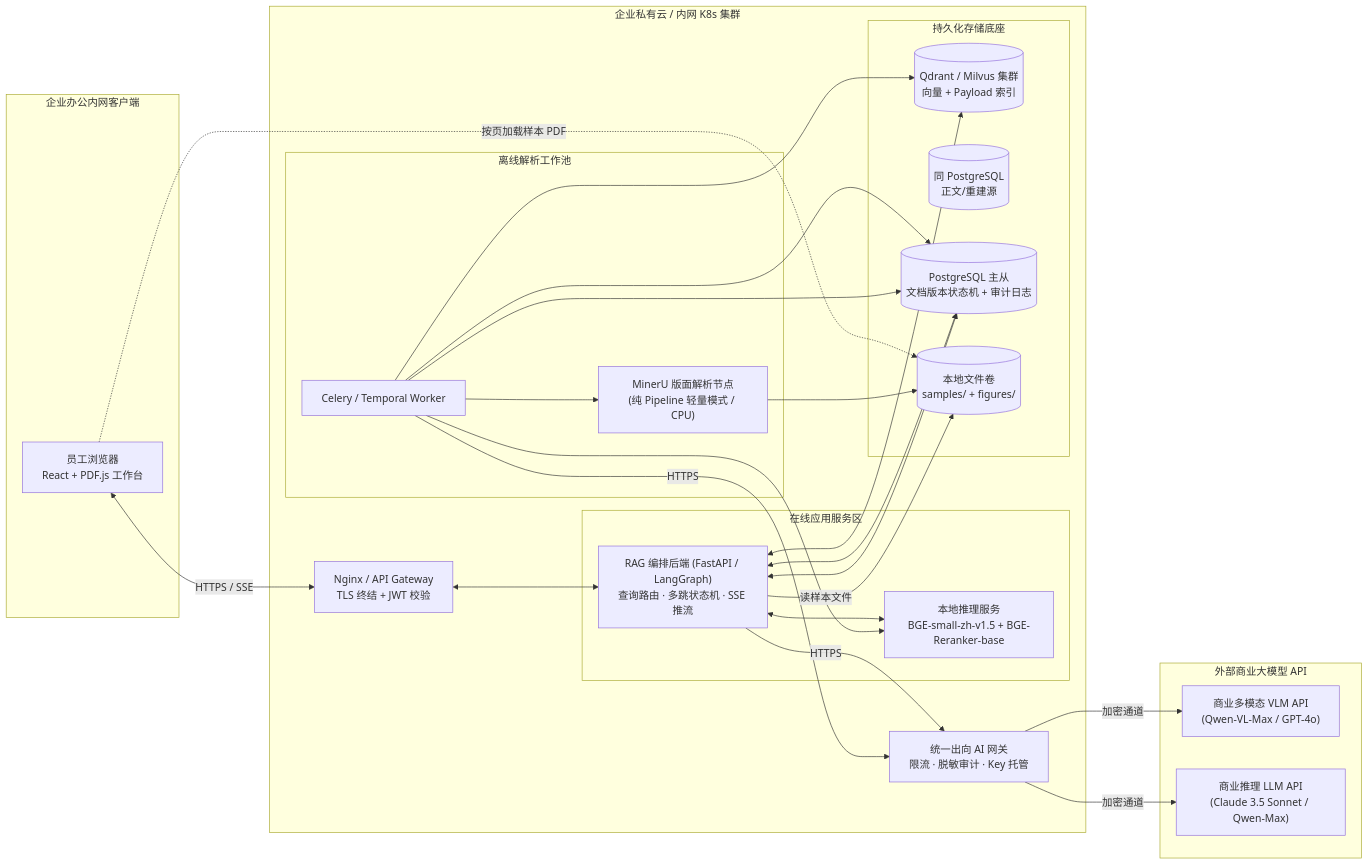
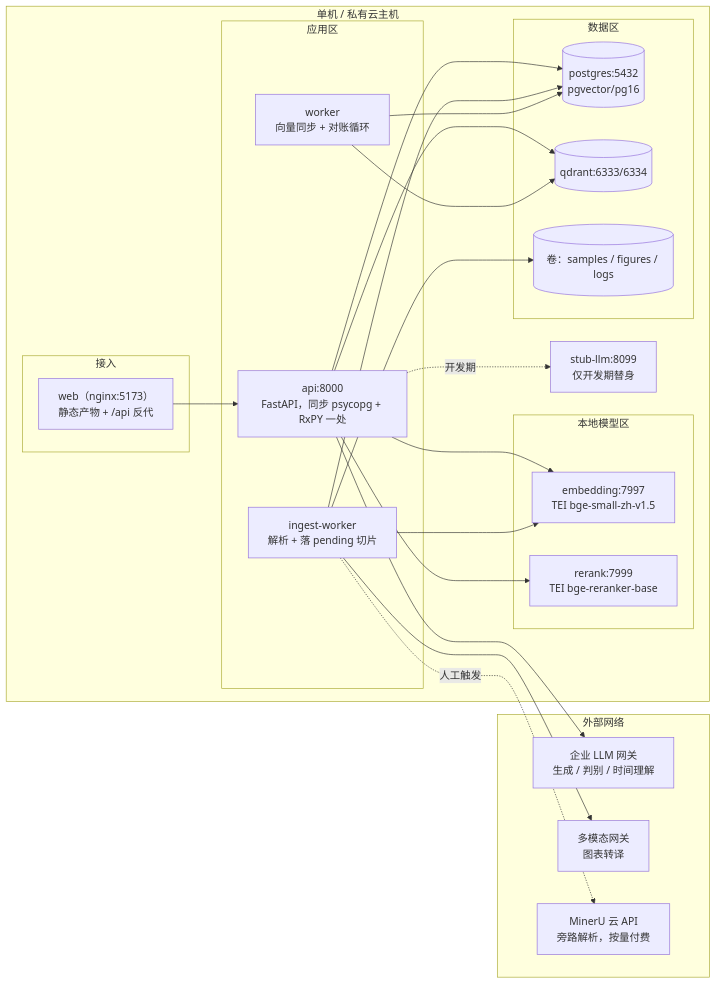
The seventh of 8 diagrams in 架构图集.md (kvchen95/ai-rag), drawn with Mermaid before and after one commit. The commit also changed other lines of this file and 4 other files, not shown here.

First line of the commit message:
docs: 按当前实现重写架构图集、概要设计与详细设计

````diff
--- a/架构图集.md
+++ b/架构图集.md
@@ -253,55 +394,48 @@
 ```mermaid
 flowchart LR
-    subgraph ClientNet ["企业办公内网客户端"]
-        Browser["员工浏览器<br/>React + PDF.js 工作台"]
+    subgraph HOST["单机 / 私有云主机"]
+        subgraph EDGE["接入"]
+            WEB["web（nginx:5173）<br/>静态产物 + /api 反代"]
+        end
+
+        subgraph APP["应用区"]
+            API["api:8000<br/>FastAPI，同步 psycopg + RxPY 一处"]
+            IW["ingest-worker<br/>解析 + 落 pending 切片"]
+            VW["worker<br/>向量同步 + 对账循环"]
+        end
+
+        subgraph MODEL["本地模型区"]
+            TE1["embedding:7997<br/>TEI bge-small-zh-v1.5"]
+            TE2["rerank:7999<br/>TEI bge-reranker-base"]
+        end
+
+        subgraph DATA["数据区"]
+            PG[("postgres:5432<br/>pgvector/pg16")]
+            QD[("qdrant:6333/6334")]
+            VOL[("卷：samples / figures / logs")]
+        end
+
+        STUB["stub-llm:8099<br/>仅开发期替身"]
     end
 
-    subgraph CorpVPC ["企业私有云 / 内网 K8s 集群"]
-        Ingress["Nginx / API Gateway<br/>TLS 终结 + JWT 校验"]
-
-        subgraph AppServices ["在线应用服务区"]
-            Backend["RAG 编排后端 (FastAPI / LangGraph)<br/>查询路由 · 多跳状态机 · SSE 推流"]
-            RerankSvc["本地推理服务<br/>BGE-small-zh-v1.5 + BGE-Reranker-base"]
-        end
-
-        subgraph IngestionWorkers ["离线解析工作池"]
-            Celery["Celery / Temporal Worker"]
-            MinerUSvc["MinerU 版面解析节点<br/>(纯 Pipeline 轻量模式 / CPU)"]
-        end
-
-        subgraph DataCluster ["持久化存储底座"]
-            QdrantCluster[("Qdrant / Milvus 集群<br/>向量 + Payload 索引")]
-            MetaPGNote[("同 PostgreSQL<br/>正文/重建源")]
-            MetaPG[("PostgreSQL 主从<br/>文档版本状态机 + 审计日志")]
-            FSCluster[("本地文件卷<br/>samples/ + figures/")]
-        end
-
-        EgressProxy["统一出向 AI 网关<br/>限流 · 脱敏审计 · Key 托管"]
+    subgraph OUT["外部网络"]
+        GW["企业 LLM 网关<br/>生成 / 判别 / 时间理解"]
+        VLM["多模态网关<br/>图表转译"]
+        MINERU["MinerU 云 API<br/>旁路解析，按量付费"]
     end
 
-    subgraph CloudAI ["外部商业大模型 API"]
-        VLMCloud["商业多模态 VLM API<br/>(Qwen-VL-Max / GPT-4o)"]
-        LLMCloud["商业推理 LLM API<br/>(Claude 3.5 Sonnet / Qwen-Max)"]
-    end
-
-    Browser <-->|"HTTPS / SSE"| Ingress
-    Ingress <--> Backend
-    Backend <--> RerankSvc
-    Backend <--> QdrantCluster
-    Backend <--> MetaPG
-    Backend <--> MetaPG
-    Backend -->|"读样本文件"| FSCluster
-    Browser -.->|"按页加载样本 PDF"| FSCluster
-
-    Celery --> MinerUSvc
-    MinerUSvc --> FSCluster
-    Celery --> RerankSvc
-    Celery --> QdrantCluster
-    Celery --> MetaPG
-    Celery --> MetaPG
-
-    Backend -->|"HTTPS"| EgressProxy
-    Celery -->|"HTTPS"| EgressProxy
-    EgressProxy -->|"加密通道"| VLMCloud
-    EgressProxy -->|"加密通道"| LLMCloud
+    WEB --> API
+    API --> PG
+    API --> QD
+    API --> TE1
+    API --> TE2
+    API --> GW
+    IW --> PG
+    IW --> TE1
+    IW --> VLM
+    IW --> VOL
+    VW --> PG
+    VW --> QD
+    API -.开发期.-> STUB
+    IW -.人工触发.-> MINERU
 ```
````
